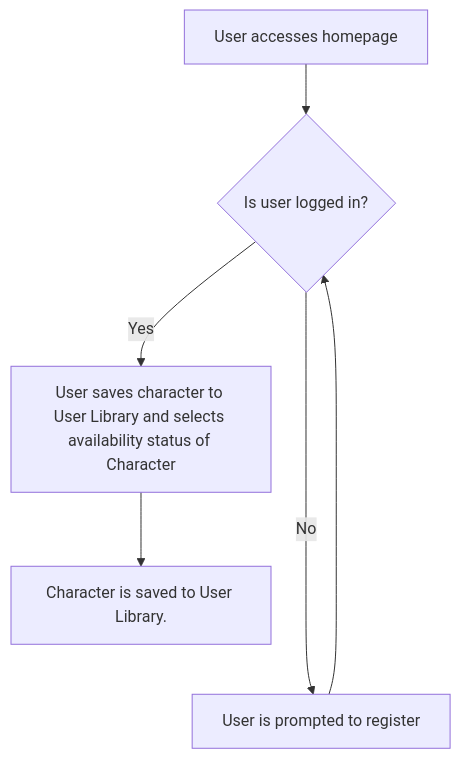
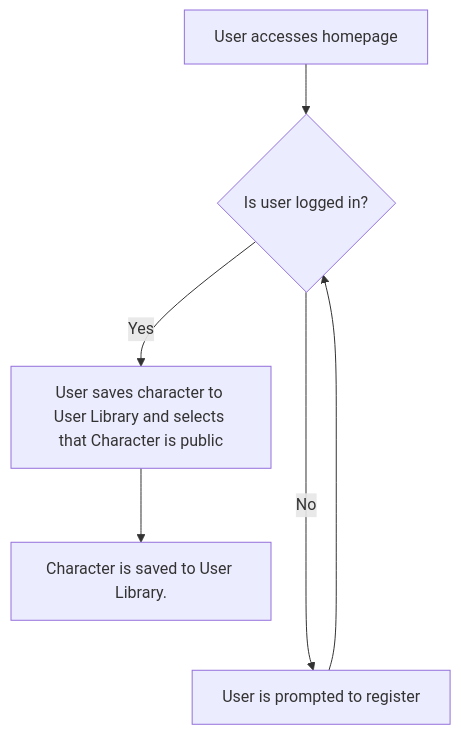
Before and after one commit to Wren00/create-an-orc: the fourth of 6 diagrams in README.md, drawn with Mermaid. The commit also changed other lines of this file, not shown here.

````diff
--- a/README.md
+++ b/README.md
@@ -554,6 +555,6 @@
 ```mermaid
 flowchart TD
 	A[User accesses homepage] --> B{Is user logged in?}
-	B -- Yes --> C[User saves character to User Library and selects availability status of Character] --> E[Character is saved to User Library.]
+	B -- Yes --> C[User saves character to User Library and selects that Character is public] --> E[Character is saved to User Library.]
 	B -- No ----> D[User is prompted to register] --> B
 ```
````
